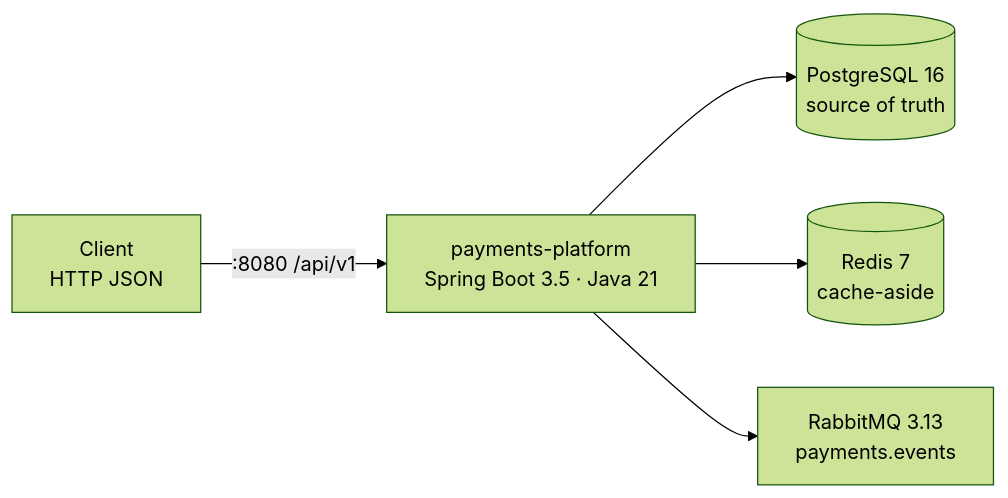
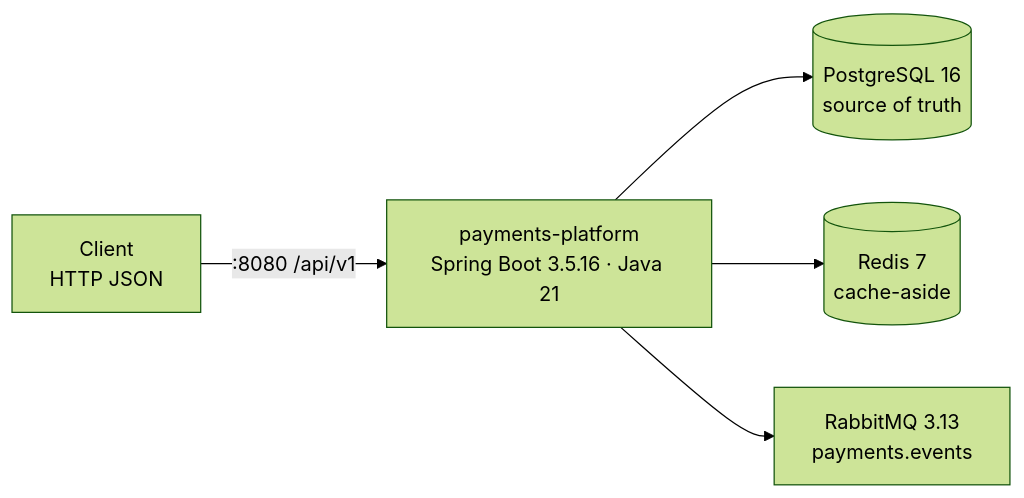
The first of 4 diagrams in docs/architecture.md (Andersonlimahw/java-clean-arch-sample), drawn with Mermaid (forest theme) before and after one commit. The commit also changed other lines of this file and 13 other files, not shown here.

First line of the commit message:
docs: correct architecture claims against the payments code

````diff
--- a/docs/architecture.md
+++ b/docs/architecture.md
@@ -9,7 +9,7 @@
 ```mermaid
 flowchart LR
-    Client["Client<br/>HTTP JSON"] -->|":8080 /api/v1"| API["payments-platform<br/>Spring Boot 3.5 · Java 21"]
+    Client["Client<br/>HTTP JSON"] -->|":8080 /api/v1"| API["payments-platform<br/>Spring Boot 3.5.16 · Java 21"]
     API --> PG[("PostgreSQL 16<br/>source of truth")]
     API --> Redis[("Redis 7<br/>cache-aside")]
     API --> MQ["RabbitMQ 3.13<br/>payments.events"]
 ```
````
